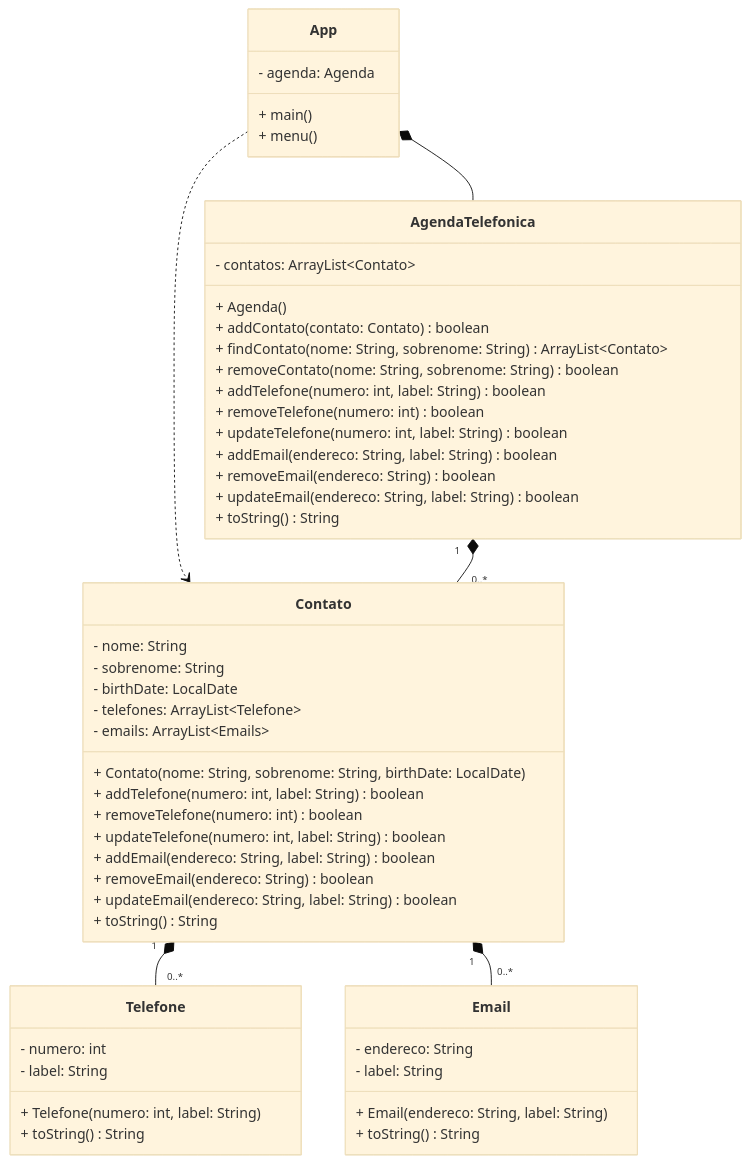
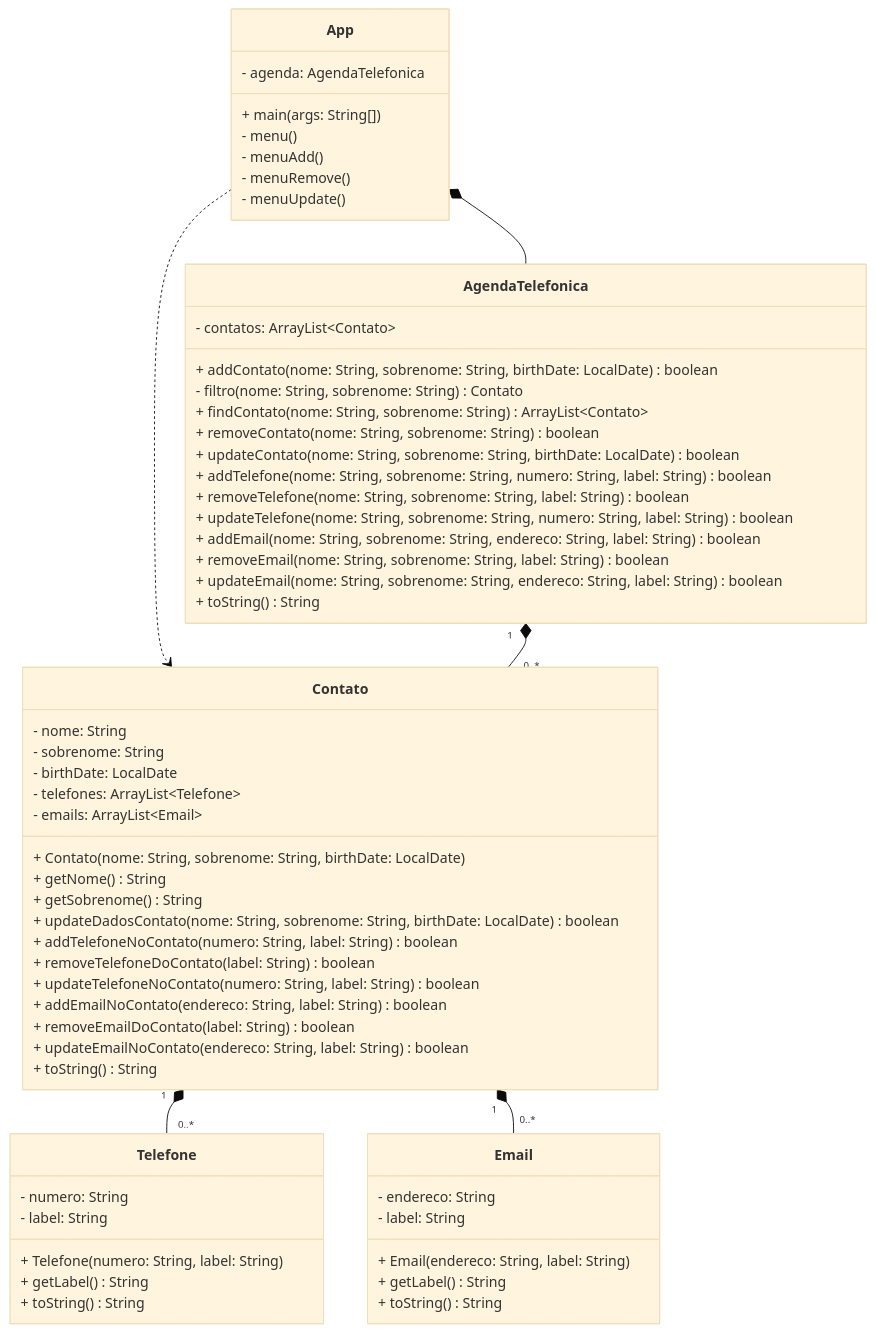
The diagram in lab_04/Readme.md (yanvpp/POO), drawn with Mermaid (base theme) before and after one commit.

Commit message:
atualizando UML

````diff
--- a/lab_04/Readme.md
+++ b/lab_04/Readme.md
@@ -2,61 +2,70 @@
 ```mermaid
 classDiagram
     direction TB
 
     App ..> Contato
     App *-- AgendaTelefonica
     AgendaTelefonica"1" *-- "0..*"Contato
     Contato"1" *-- "0..*"Telefone
     Contato"1" *-- "0..*"Email
 
     class App{
-        - agenda: Agenda
-        + main()
-        + menu()
+        - agenda: AgendaTelefonica
+        + main(args: String[])
+        - menu()
+        - menuAdd()
+        - menuRemove()
+        - menuUpdate()
     }
 
     class AgendaTelefonica{
         - contatos: ArrayList~Contato~
-        + Agenda()
-        + addContato(contato: Contato) boolean
+        + addContato(nome: String, sobrenome: String, birthDate: LocalDate) boolean
+        - filtro(nome: String, sobrenome: String) Contato
         + findContato(nome: String, sobrenome: String) ArrayList~Contato~
         + removeContato(nome: String, sobrenome: String) boolean
-        + addTelefone(numero: int, label: String) boolean
-        + removeTelefone(numero: int) boolean
-        + updateTelefone(numero: int, label: String) boolean
-        + addEmail(endereco: String, label: String) boolean
-        + removeEmail(endereco: String) boolean
-        + updateEmail(endereco: String, label: String) boolean
+        + updateContato(nome: String, sobrenome: String, birthDate: LocalDate) boolean
+        + addTelefone(nome: String, sobrenome: String, numero: String, label: String) boolean
+        + removeTelefone(nome: String, sobrenome: String, label: String) boolean
+        + updateTelefone(nome: String, sobrenome: String, numero: String, label: String) boolean
+        + addEmail(nome: String, sobrenome: String, endereco: String, label: String) boolean
+        + removeEmail(nome: String, sobrenome: String, label: String) boolean
+        + updateEmail(nome: String, sobrenome: String, endereco: String, label: String) boolean
         + toString() String
     }
 
     class Contato{
         - nome: String
         - sobrenome: String
         - birthDate: LocalDate
         - telefones: ArrayList~Telefone~
-        - emails: ArrayList~Emails~
+        - emails: ArrayList~Email~
         + Contato(nome: String, sobrenome: String, birthDate: LocalDate)
-        + addTelefone(numero: int, label: String) boolean
-        + removeTelefone(numero: int) boolean
-        + updateTelefone(numero: int, label: String) boolean
-        + addEmail(endereco: String, label: String) boolean
-        + removeEmail(endereco: String) boolean
-        + updateEmail(endereco: String, label: String) boolean
+        + getNome() String
+        + getSobrenome() String
+        + updateDadosContato(nome: String, sobrenome: String, birthDate: LocalDate) boolean
+        + addTelefoneNoContato(numero: String, label: String) boolean
+        + removeTelefoneDoContato(label: String) boolean
+        + updateTelefoneNoContato(numero: String, label: String) boolean
+        + addEmailNoContato(endereco: String, label: String) boolean
+        + removeEmailDoContato(label: String) boolean
+        + updateEmailNoContato(endereco: String, label: String) boolean
         + toString() String
     }
 
     class Telefone{
-        - numero: int
+        - numero: String
         - label: String
-        + Telefone(numero: int, label: String)
+        + Telefone(numero: String, label: String)
+        + getLabel() String
         + toString() String
     }
 
     class Email{
         - endereco: String
         - label: String
         + Email(endereco: String, label: String)
+        + getLabel() String
         + toString() String
     }
 ```
````
